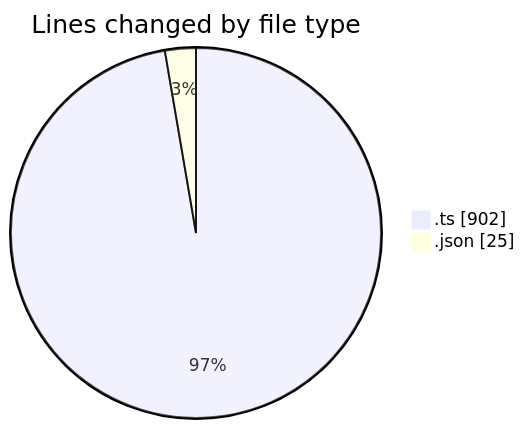
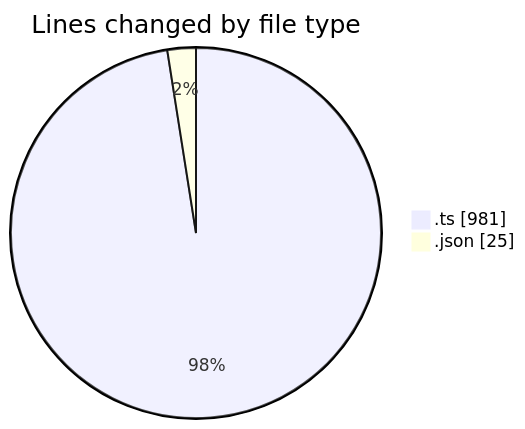
Before and after one commit to momahboobian/code-tracking: the first of 2 diagrams in 2025-09-10/cda/README.md, drawn with Mermaid. The commit also changed other lines of this file and 1 other file, not shown here.

````diff
--- a/2025-09-10/cda/README.md
+++ b/2025-09-10/cda/README.md
@@ -22,6 +22,6 @@
 ```mermaid
 pie showData
 title Lines changed by file type
-".ts" : 902
+".ts" : 981
 ".json" : 25
 ```
````
